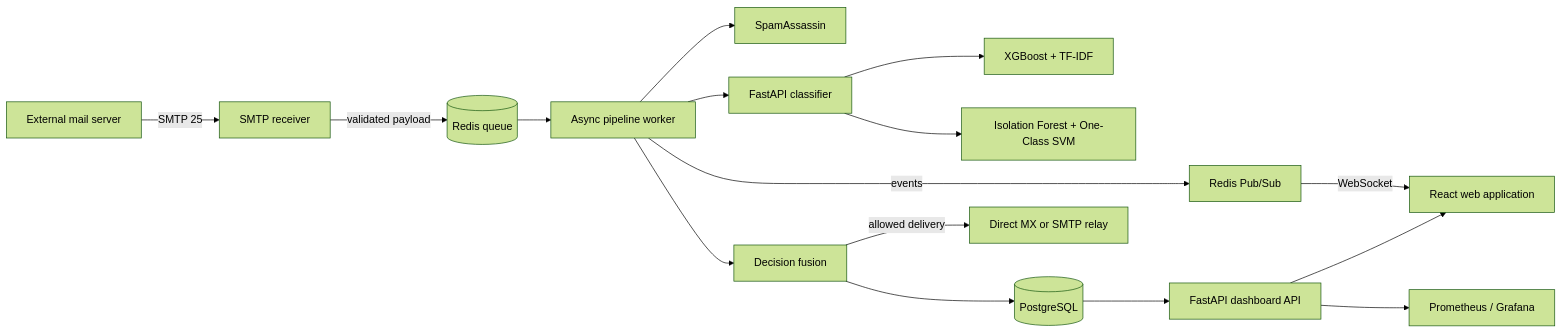
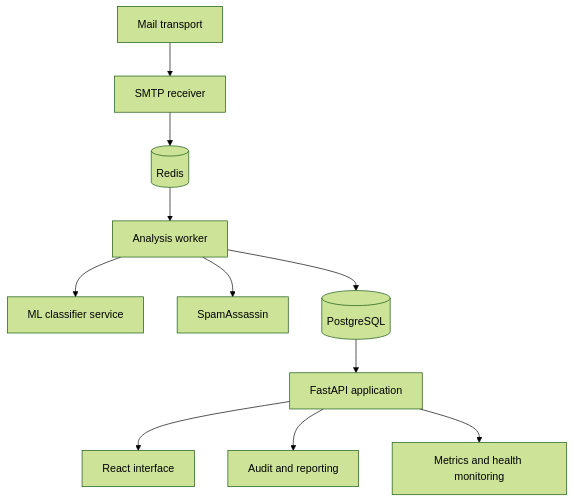
One commit to wi5nuu/ML-Powered-Anti-Phishing-and-Spam-Filtering changed the second of 4 diagrams in README.md. Above: the diagram before and after it, drawn with Mermaid (forest theme). The commit also changed other lines of this file, not shown here.

````diff
--- a/README.md
+++ b/README.md
@@ -91,18 +87,13 @@
 ```mermaid
-flowchart LR
-    Sender[External mail server] -->|SMTP 25| Receiver[SMTP receiver]
-    Receiver -->|validated payload| Redis[(Redis queue)]
-    Redis --> Worker[Async pipeline worker]
-    Worker --> SA[SpamAssassin]
-    Worker --> Classifier[FastAPI classifier]
-    Classifier --> XGB[XGBoost + TF-IDF]
-    Classifier --> Anomaly[Isolation Forest + One-Class SVM]
-    Worker --> Fusion[Decision fusion]
-    Fusion --> DB[(PostgreSQL)]
-    Fusion -->|allowed delivery| Outbound[Direct MX or SMTP relay]
-    DB --> Dashboard[FastAPI dashboard API]
-    Dashboard --> UI[React web application]
-    Worker -->|events| PubSub[Redis Pub/Sub]
-    PubSub -->|WebSocket| UI
-    Dashboard --> Metrics[Prometheus / Grafana]
+flowchart TB
+    Mail[Mail transport] --> Receiver[SMTP receiver]
+    Receiver --> Queue[(Redis)]
+    Queue --> Worker[Analysis worker]
+    Worker --> Classifier[ML classifier service]
+    Worker --> Spam[SpamAssassin]
+    Worker --> Database[(PostgreSQL)]
+    Database --> API[FastAPI application]
+    API --> Web[React interface]
+    API --> Audit[Audit and reporting]
+    API --> Monitor[Metrics and health monitoring]
 ```
````
